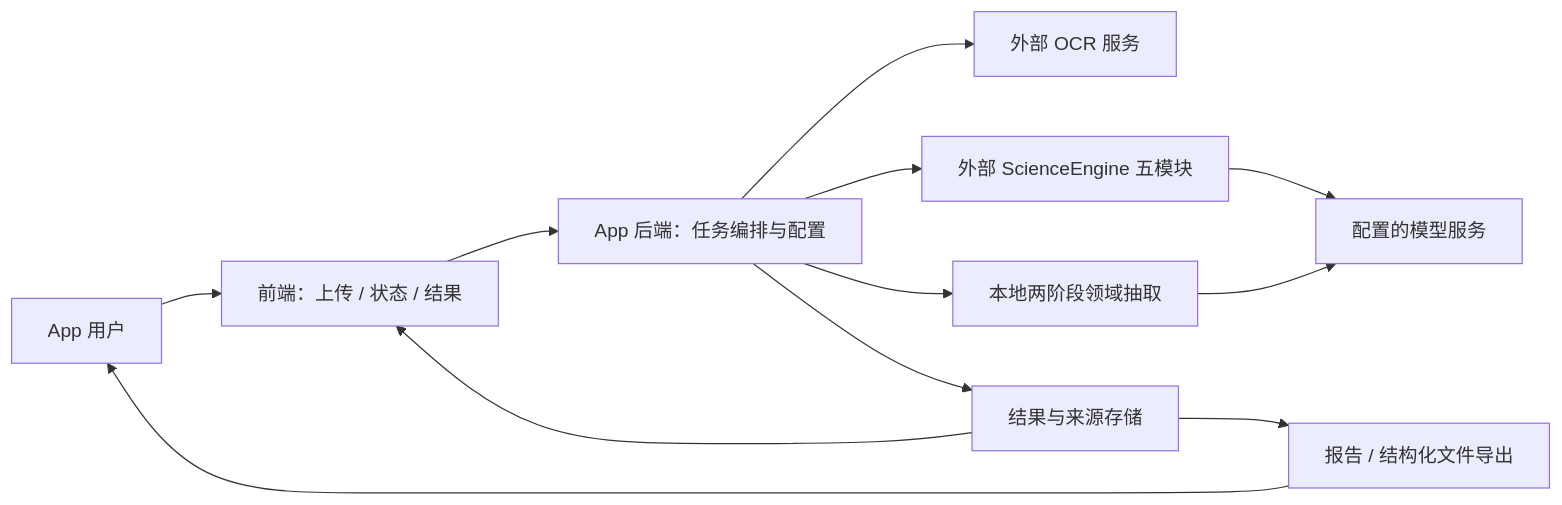
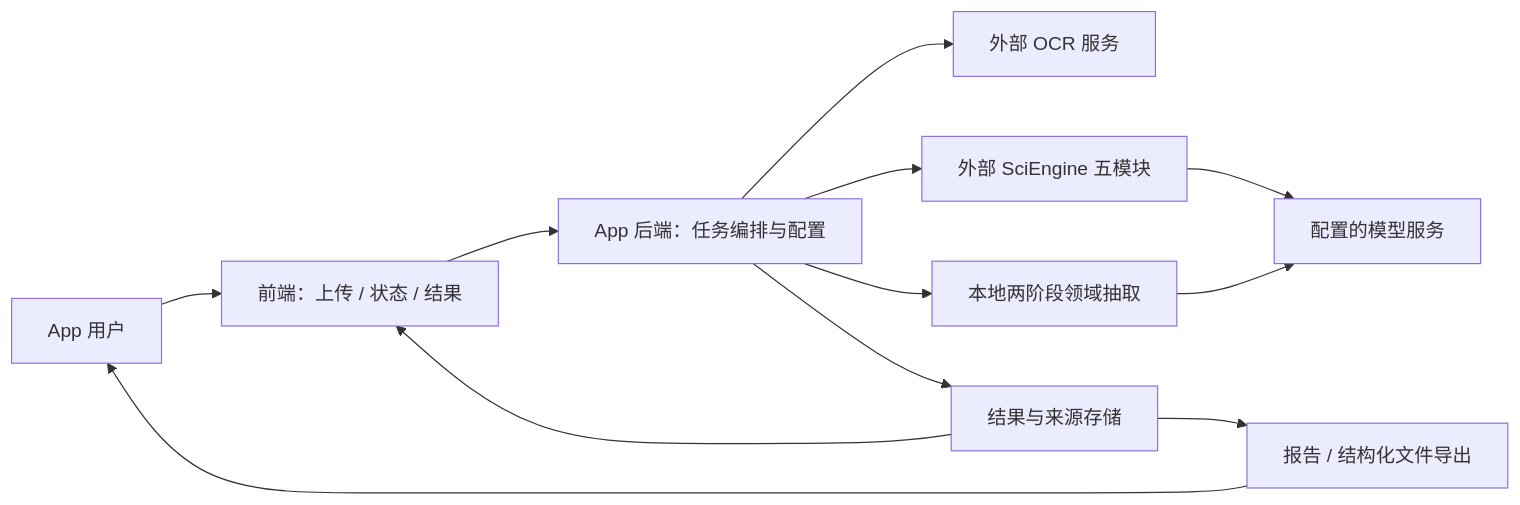
Before and after one commit to JYao-Chen/scirelay: the diagram in docs/diagrams/01-context.mmd, drawn with Mermaid. The commit also changed 39 other files, not shown here.

```diff
--- a/docs/diagrams/01-context.mmd
+++ b/docs/diagrams/01-context.mmd
@@ -1,12 +1,12 @@
 flowchart LR
   U[App 用户] --> F[前端：上传 / 状态 / 结果]
   F --> B[App 后端：任务编排与配置]
   B --> O[外部 OCR 服务]
-  B --> S[外部 ScienceEngine 五模块]
+  B --> S[外部 SciEngine 五模块]
   B --> D[本地两阶段领域抽取]
   S --> M[配置的模型服务]
   D --> M
   B --> R[结果与来源存储]
   R --> E[报告 / 结构化文件导出]
   R --> F
   E --> U
```
